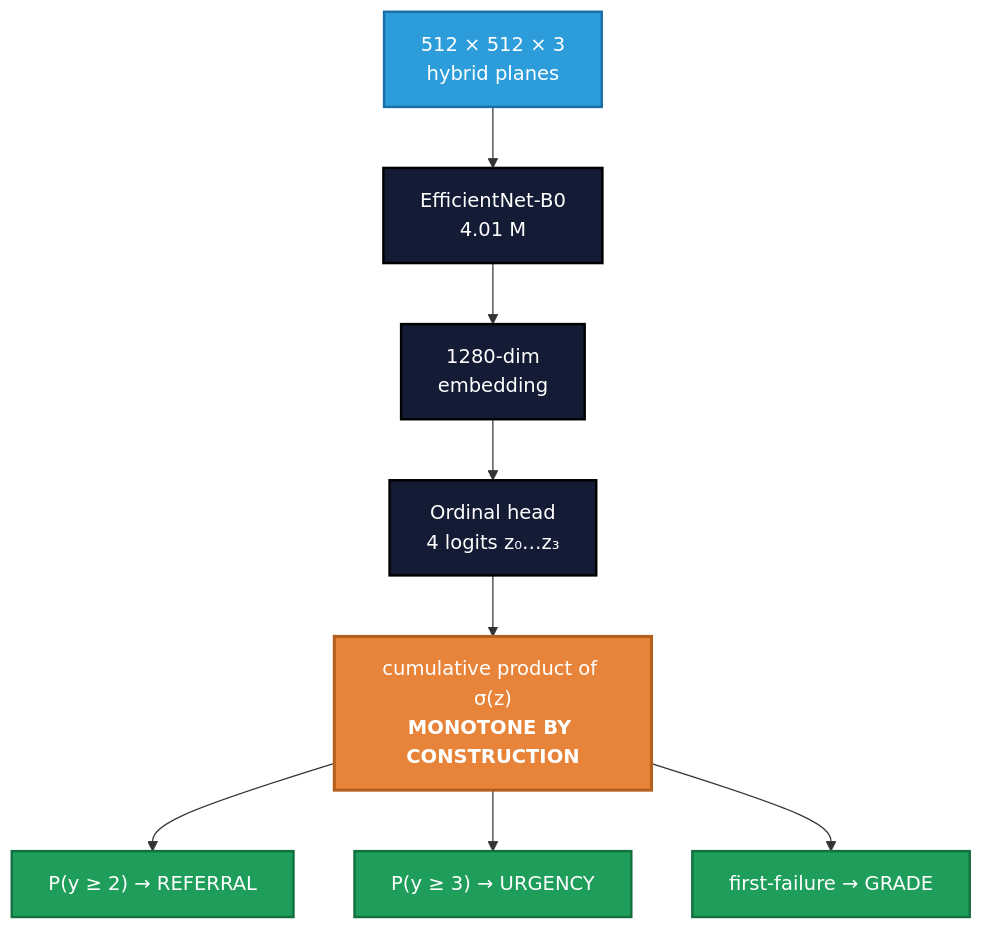
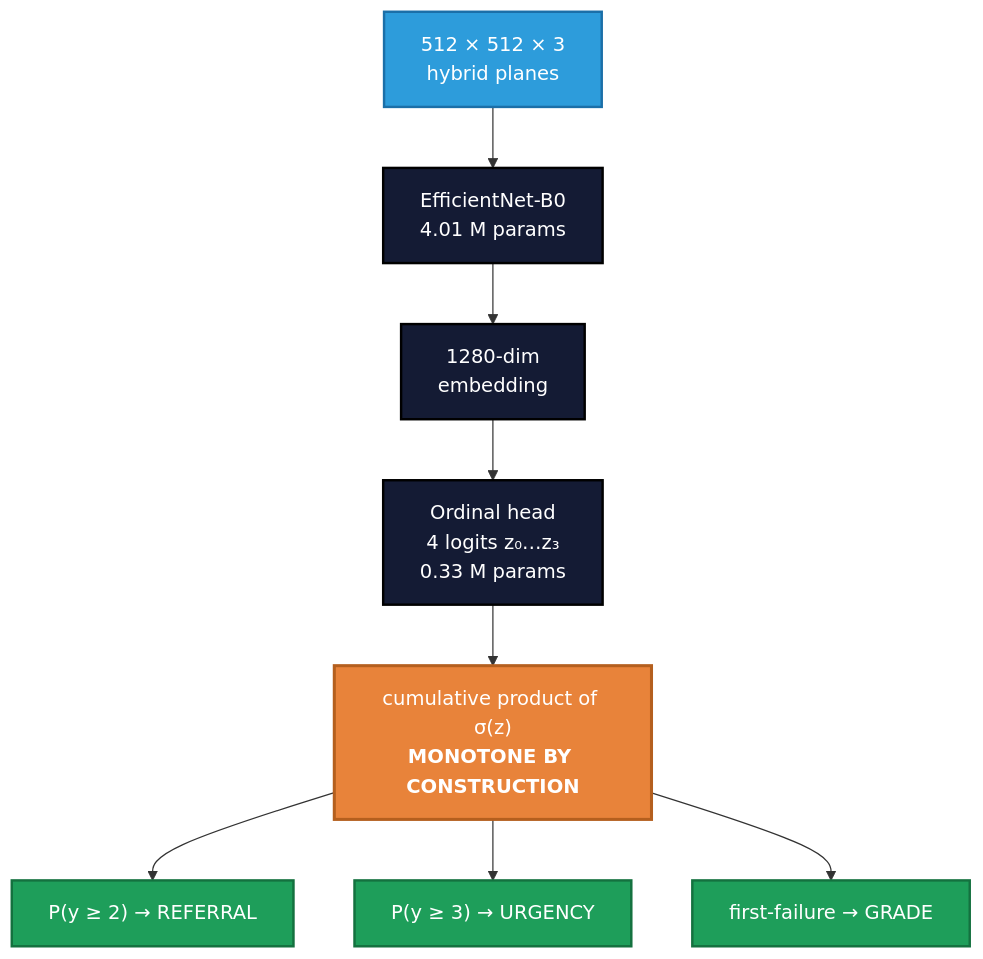
The diagram in docs/diagrams/corn.mmd (yashchoudhary14/SIH-26038), drawn with Mermaid before and after one commit. The commit also changed 2 other files, not shown here.

```diff
--- a/docs/diagrams/corn.mmd
+++ b/docs/diagrams/corn.mmd
@@ -1,18 +1,18 @@
 flowchart TD
-  X["512 × 512 × 3<br/>hybrid planes"] --> BB["EfficientNet-B0<br/>4.01 M"]
+  X["512 × 512 × 3<br/>hybrid planes"] --> BB["EfficientNet-B0<br/>4.01 M params"]
   BB --> Z["1280-dim<br/>embedding"]
-  Z --> HD["Ordinal head<br/>4 logits z₀…z₃"]
+  Z --> HD["Ordinal head<br/>4 logits z₀…z₃<br/>0.33 M params"]
   HD --> CP["cumulative product of σ(z)<br/><b>MONOTONE BY CONSTRUCTION</b>"]
   CP --> R1["P(y ≥ 2) → REFERRAL"]
   CP --> R2["P(y ≥ 3) → URGENCY"]
   CP --> R3["first-failure → GRADE"]
 
   classDef inp fill:#2D9CDB,stroke:#1B6FA8,color:#fff,stroke-width:2px
   classDef net fill:#141B34,stroke:#000,color:#fff,stroke-width:2px
   classDef key fill:#E8833A,stroke:#B45F1E,color:#fff,stroke-width:2.5px
   classDef out fill:#1E9E5A,stroke:#14713F,color:#fff,stroke-width:2px
 
   class X inp
   class BB,Z,HD net
   class CP key
   class R1,R2,R3 out
```
